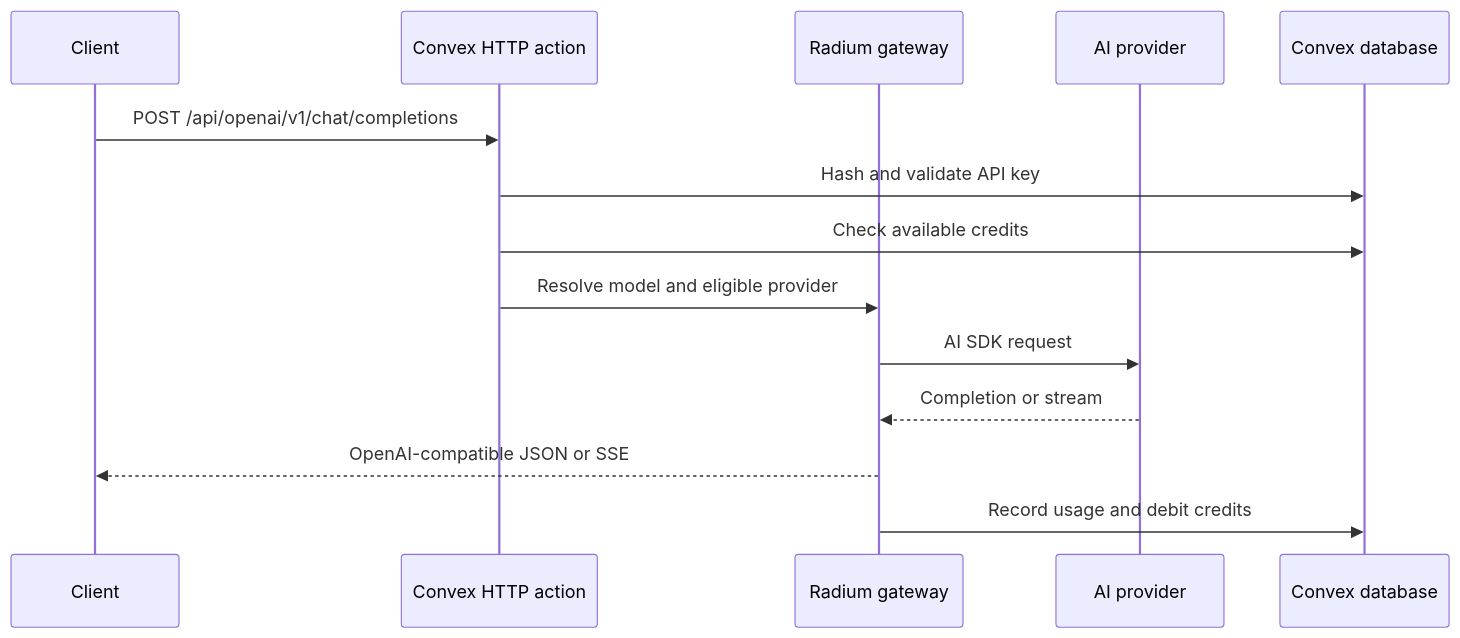
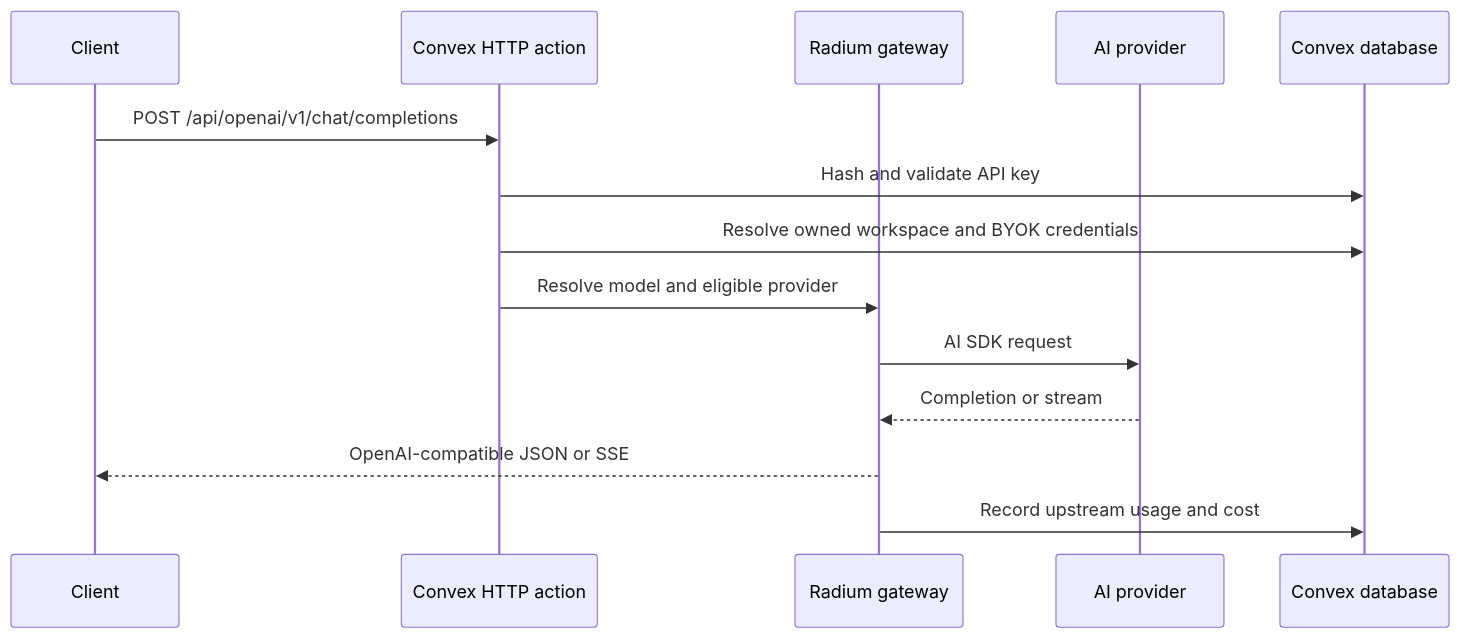
The diagram in docs/architecture.md (alkalines/Radium), drawn with Mermaid before and after one commit. The commit also changed other lines of this file and 72 other files, not shown here.

````diff
--- a/docs/architecture.md
+++ b/docs/architecture.md
@@ -29,17 +29,17 @@
 ```mermaid
 sequenceDiagram
     participant Client
     participant HTTP as Convex HTTP action
     participant Gateway as Radium gateway
     participant Provider as AI provider
     participant DB as Convex database
 
     Client->>HTTP: POST /api/openai/v1/chat/completions
     HTTP->>DB: Hash and validate API key
-    HTTP->>DB: Check available credits
+    HTTP->>DB: Resolve owned workspace and BYOK credentials
     HTTP->>Gateway: Resolve model and eligible provider
     Gateway->>Provider: AI SDK request
     Provider-->>Gateway: Completion or stream
     Gateway-->>Client: OpenAI-compatible JSON or SSE
-    Gateway->>DB: Record usage and debit credits
+    Gateway->>DB: Record upstream usage and cost
 ```
````
